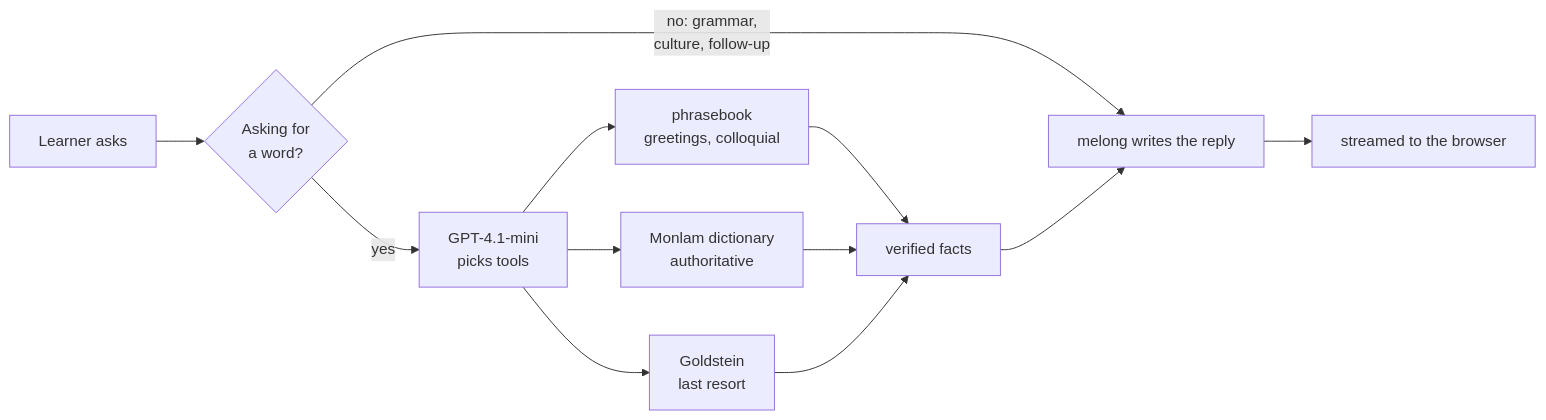
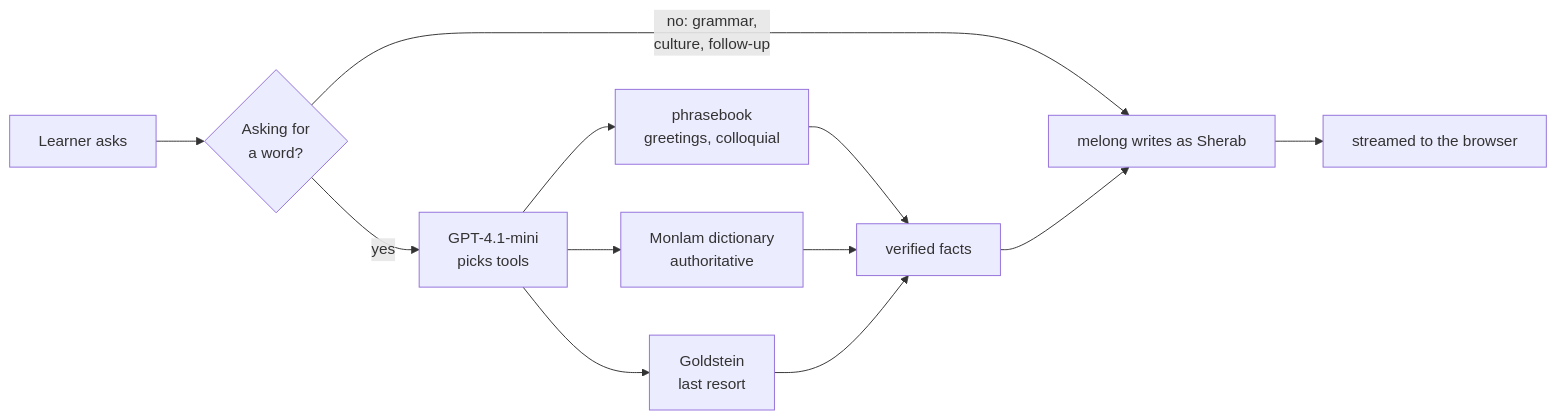
One commit to tenlhak/monlam_hackathon26 changed the second of 4 diagrams in README.md. Above: the diagram before and after it, drawn with Mermaid. The commit also changed other lines of this file, not shown here.

First line of the commit message:
Name the tutor Sherab, and correct the direction of trust

````diff
--- a/README.md
+++ b/README.md
@@ -65,12 +76,12 @@
 ```mermaid
 flowchart LR
     Q["Learner asks"] --> Gate{"Asking for<br/>a word?"}
     Gate -- "no: grammar,<br/>culture, follow-up" --> Gen
     Gate -- yes --> Research["GPT-4.1-mini<br/>picks tools"]
     Research --> P["phrasebook<br/>greetings, colloquial"]
     Research --> D["Monlam dictionary<br/>authoritative"]
     Research --> G["Goldstein<br/>last resort"]
     P & D & G --> Facts["verified facts"]
-    Facts --> Gen["melong writes the reply"]
+    Facts --> Gen["melong writes as Sherab"]
     Gen --> Out["streamed to the browser"]
 ```
````
